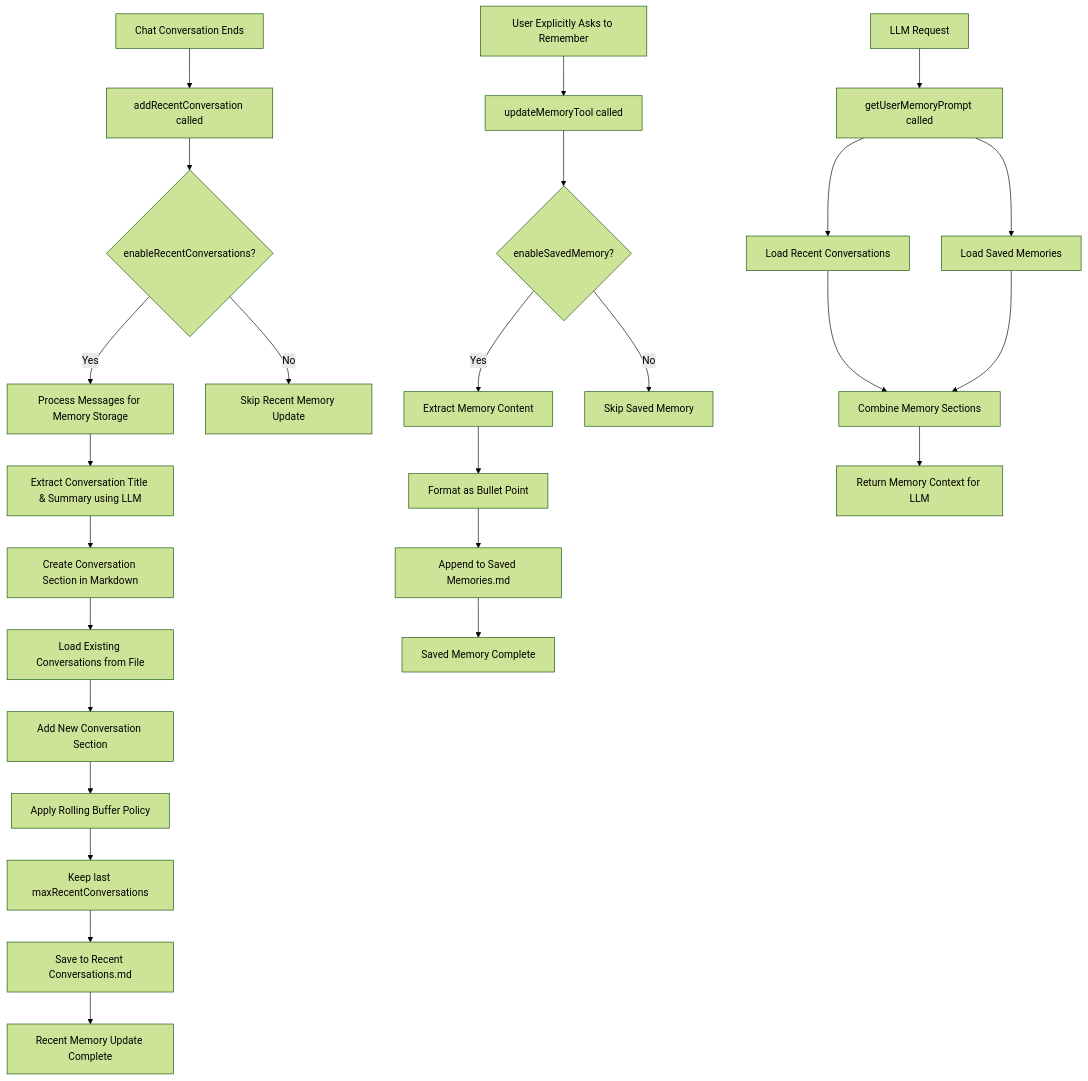
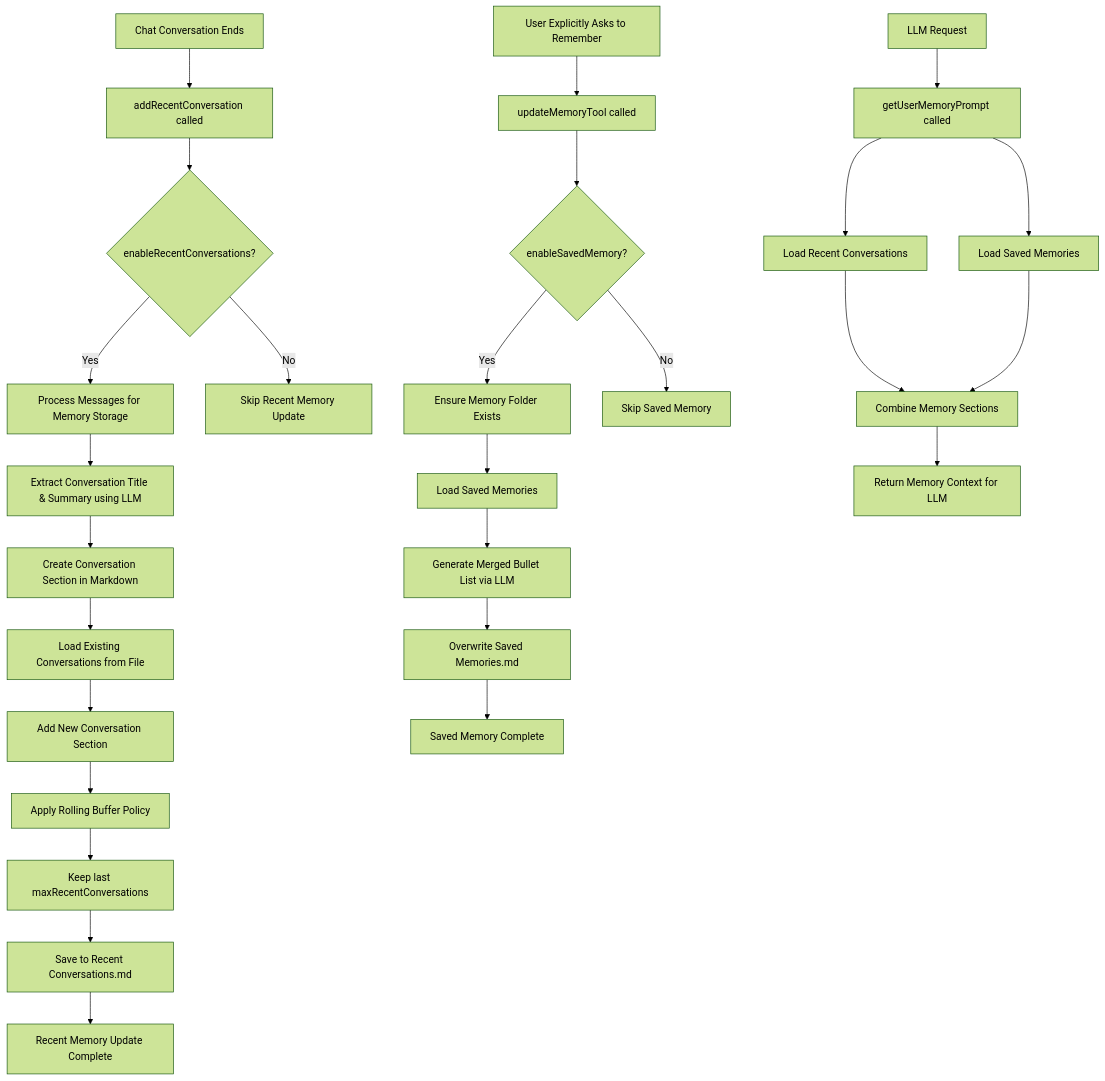
One commit to logancyang/obsidian-copilot changed the diagram in src/memory/memory-design.md. Above: the diagram before and after it, drawn with Mermaid (forest theme). The commit also changed other lines of this file and 3 other files, not shown here.

Commit message:
Separete error and content in updateMemoryTool output

````diff
--- a/src/memory/memory-design.md
+++ b/src/memory/memory-design.md
@@ -12,34 +12,35 @@
 ```mermaid
 graph TD
     %% Recent Conversations Flow
     A[Chat Conversation Ends] --> B[addRecentConversation called]
     B --> C{enableRecentConversations?}
     C -->|Yes| D[Process Messages for Memory Storage]
     C -->|No| Z1[Skip Recent Memory Update]
 
     D --> E[Extract Conversation Title & Summary using LLM]
     E --> F[Create Conversation Section in Markdown]
     F --> G[Load Existing Conversations from File]
     G --> H[Add New Conversation Section]
     H --> I[Apply Rolling Buffer Policy]
     I --> J[Keep last maxRecentConversations]
     J --> K[Save to Recent Conversations.md]
     K --> L[Recent Memory Update Complete]
 
     %% Saved Memory Flow
     M[User Explicitly Asks to Remember] --> N[updateMemoryTool called]
     N --> O{enableSavedMemory?}
-    O -->|Yes| P[Extract Memory Content]
+    O -->|Yes| P[Ensure Memory Folder Exists]
     O -->|No| Z2[Skip Saved Memory]
-    P --> Q[Format as Bullet Point]
-    Q --> R[Append to Saved Memories.md]
-    R --> S[Saved Memory Complete]
+    P --> Q[Load Saved Memories]
+    Q --> R[Generate Merged Bullet List via LLM]
+    R --> S[Overwrite Saved Memories.md]
+    S --> T_saved[Saved Memory Complete]
 
     %% Memory Retrieval
-    T[LLM Request] --> U[getUserMemoryPrompt called]
-    U --> V[Load Recent Conversations]
-    U --> W[Load Saved Memories]
-    V --> X[Combine Memory Sections]
-    W --> X
-    X --> Y[Return Memory Context for LLM]
+    U[LLM Request] --> V[getUserMemoryPrompt called]
+    V --> W[Load Recent Conversations]
+    V --> X[Load Saved Memories]
+    W --> Y[Combine Memory Sections]
+    X --> Y
+    Y --> Z[Return Memory Context for LLM]
 ```
````
